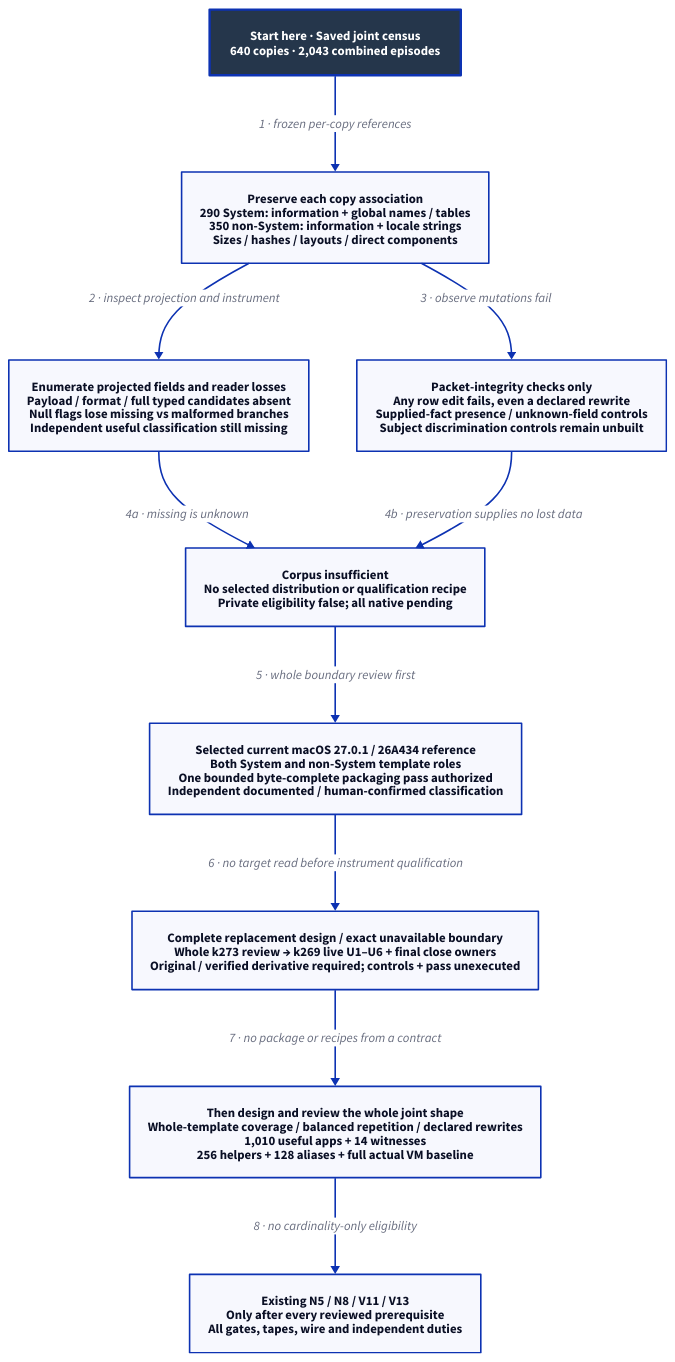
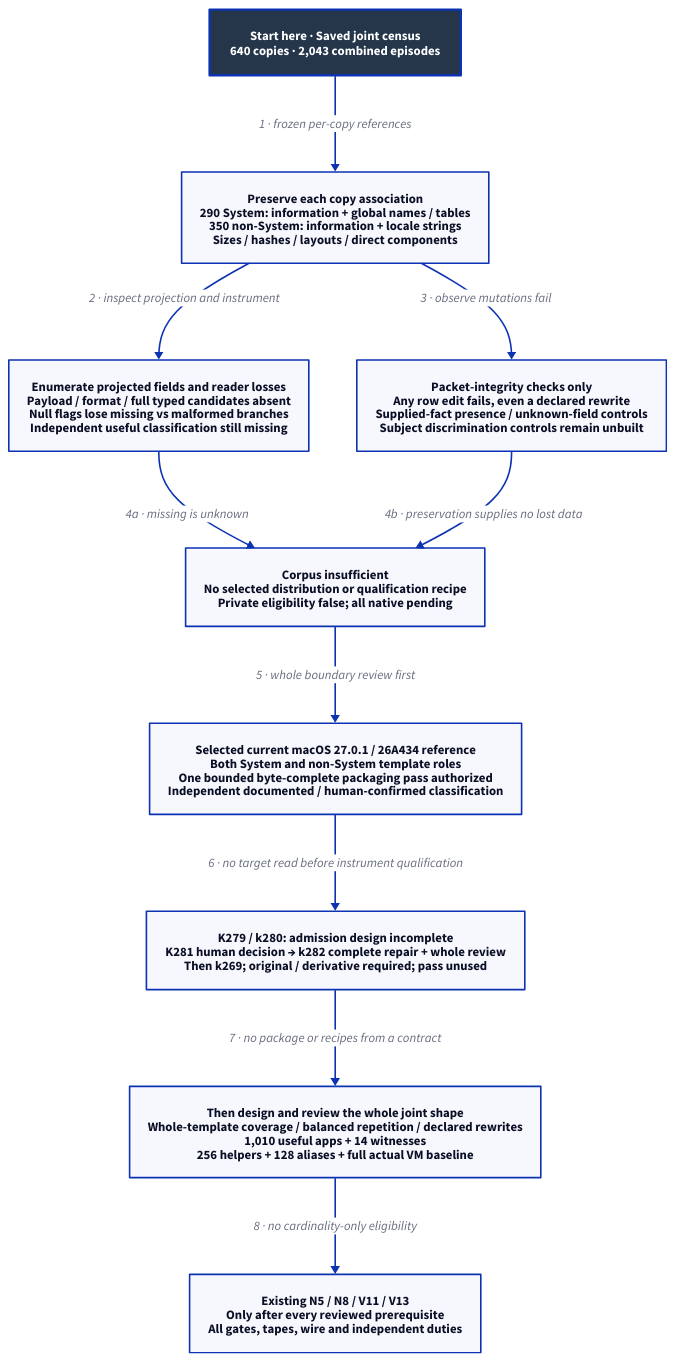
The diagram in docs/design/architecture/native-population-metadata-shape.d2 (Linkuistics/Koine), drawn with D2 before and after one commit. The commit also changed 51 other files, not shown here.

Commit message:
Integrate admission review, repair profile/RPC/supervision/export contracts, and place decision/design work before construction (reference-evidence-admission-repair-k280)

```diff
--- a/docs/design/architecture/native-population-metadata-shape.d2
+++ b/docs/design/architecture/native-population-metadata-shape.d2
@@ -1,23 +1,23 @@
 # Historical boundary and selected current-reference requirements; no useful subject or native pass.
 direction: down
 classes: {
   start: {style: {fill: "#25364B"; font-color: "#FFFFFF"; bold: true; stroke-width: 3}}
 }
 Start: "Start here · Saved joint census\n640 copies · 2,043 combined episodes" {class: start}
 Known: "Preserve each copy association\n290 System: information + global names / tables\n350 non-System: information + locale strings\nSizes / hashes / layouts / direct components"
 Missing: "Enumerate projected fields and reader losses\nPayload / format / full typed candidates absent\nNull flags lose missing vs malformed branches\nIndependent useful classification still missing"
 Control: "Packet-integrity checks only\nAny row edit fails, even a declared rewrite\nSupplied-fact presence / unknown-field controls\nSubject discrimination controls remain unbuilt"
 Boundary: "Corpus insufficient\nNo selected distribution or qualification recipe\nPrivate eligibility false; all native pending"
 Decision: "Selected current macOS 27.0.1 / 26A434 reference\nBoth System and non-System template roles\nOne bounded byte-complete packaging pass authorized\nIndependent documented / human-confirmed classification"
-Contract: "Complete replacement design / exact unavailable boundary\nWhole k273 review → k269 live U1–U6 + final close owners\nOriginal / verified derivative required; controls + pass unexecuted"
+Contract: "K279 / k280: admission design incomplete\nK281 human decision → k282 complete repair + whole review\nThen k269; original / derivative required; pass unused"
 Design: "Then design and review the whole joint shape\nWhole-template coverage / balanced repetition / declared rewrites\n1,010 useful apps + 14 witnesses\n256 helpers + 128 aliases + full actual VM baseline"
 Native: "Existing N5 / N8 / V11 / V13\nOnly after every reviewed prerequisite\nAll gates, tapes, wire and independent duties"
 Start -> Known: "1 · frozen per-copy references"
 Known -> Missing: "2 · inspect projection and instrument"
 Known -> Control: "3 · observe mutations fail"
 Missing -> Boundary: "4a · missing is unknown"
 Control -> Boundary: "4b · preservation supplies no lost data"
 Boundary -> Decision: "5 · whole boundary review first"
 Decision -> Contract: "6 · no target read before instrument qualification"
 Contract -> Design: "7 · no package or recipes from a contract"
 Design -> Native: "8 · no cardinality-only eligibility"
```
